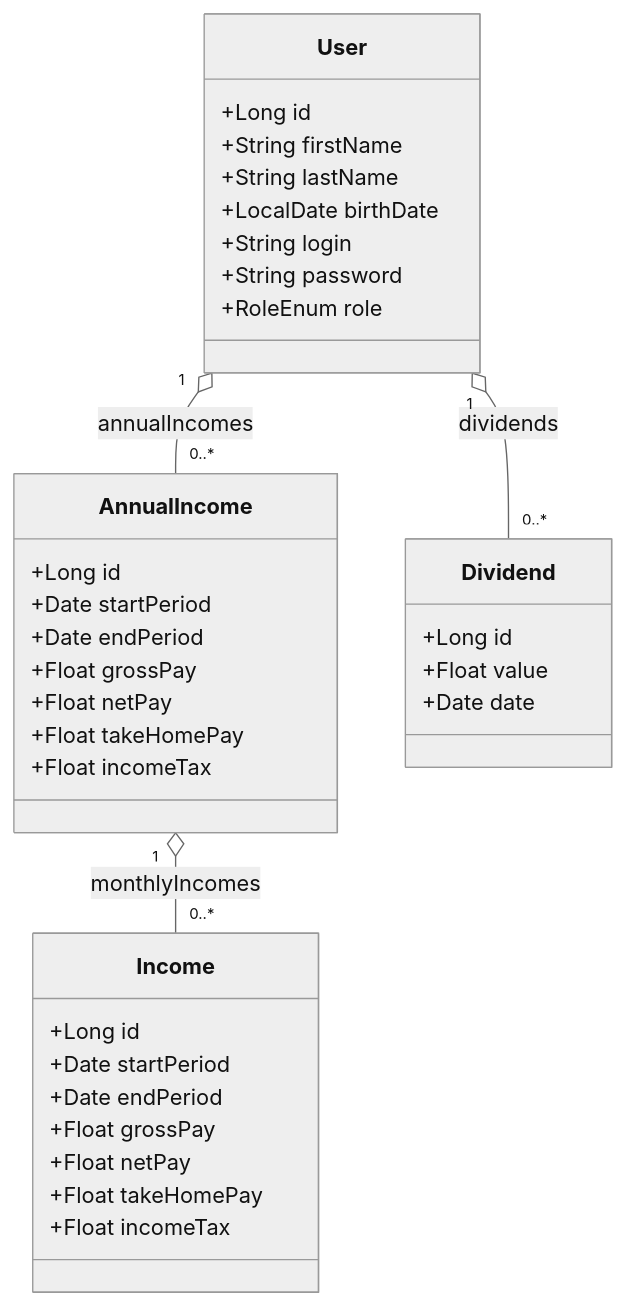
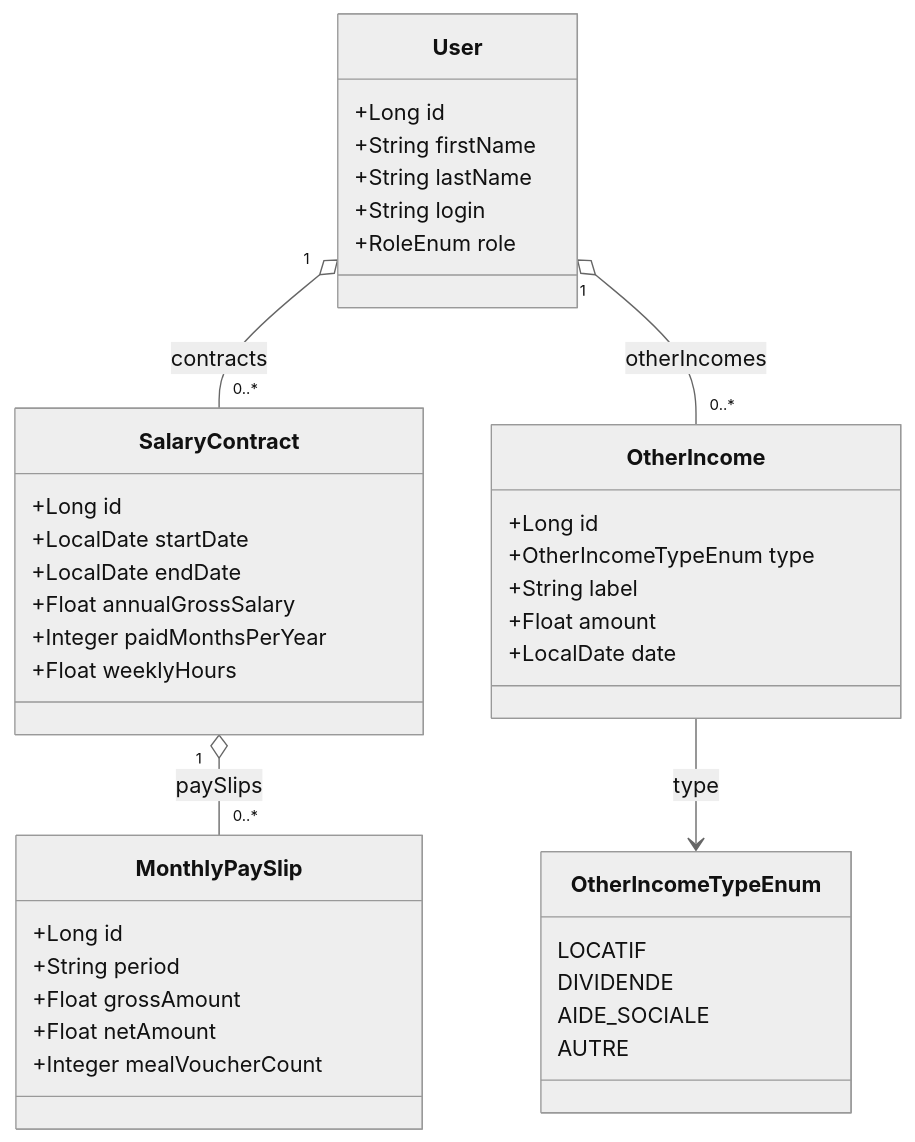
One commit to Neogost/MyFinance changed the seventh of 7 diagrams in docs/architecture/overview.md. Above: the diagram before and after it, drawn with Mermaid (neutral theme). The commit also changed other lines of this file, not shown here.

````diff
--- a/docs/architecture/overview.md
+++ b/docs/architecture/overview.md
@@ -239,43 +244,47 @@
 ```mermaid
-%% Extrait depuis docs/architecture/diagram/class-diagram.mmd
 classDiagram
     class User {
         +Long id
         +String firstName
         +String lastName
-        +LocalDate birthDate
         +String login
-        +String password
         +RoleEnum role
     }
 
-    class AnnualIncome {
+    class SalaryContract {
         +Long id
-        +Date startPeriod
-        +Date endPeriod
-        +Float grossPay
-        +Float netPay
-        +Float takeHomePay
-        +Float incomeTax
+        +LocalDate startDate
+        +LocalDate endDate
+        +Float annualGrossSalary
+        +Integer paidMonthsPerYear
+        +Float weeklyHours
     }
 
-    class Income {
+    class MonthlyPaySlip {
         +Long id
-        +Date startPeriod
-        +Date endPeriod
-        +Float grossPay
-        +Float netPay
-        +Float takeHomePay
-        +Float incomeTax
+        +String period
+        +Float grossAmount
+        +Float netAmount
+        +Integer mealVoucherCount
     }
 
-    class Dividend {
+    class OtherIncome {
         +Long id
-        +Float value
-        +Date date
+        +OtherIncomeTypeEnum type
+        +String label
+        +Float amount
+        +LocalDate date
     }
 
-    User "1" o-- "0..*" AnnualIncome : annualIncomes
-    AnnualIncome "1" o-- "0..*" Income : monthlyIncomes
-    User "1" o-- "0..*" Dividend : dividends
+    class OtherIncomeTypeEnum {
+        LOCATIF
+        DIVIDENDE
+        AIDE_SOCIALE
+        AUTRE
+    }
+
+    User "1" o-- "0..*" SalaryContract : contracts
+    SalaryContract "1" o-- "0..*" MonthlyPaySlip : paySlips
+    User "1" o-- "0..*" OtherIncome : otherIncomes
+    OtherIncome --> OtherIncomeTypeEnum : type
 ```
````
